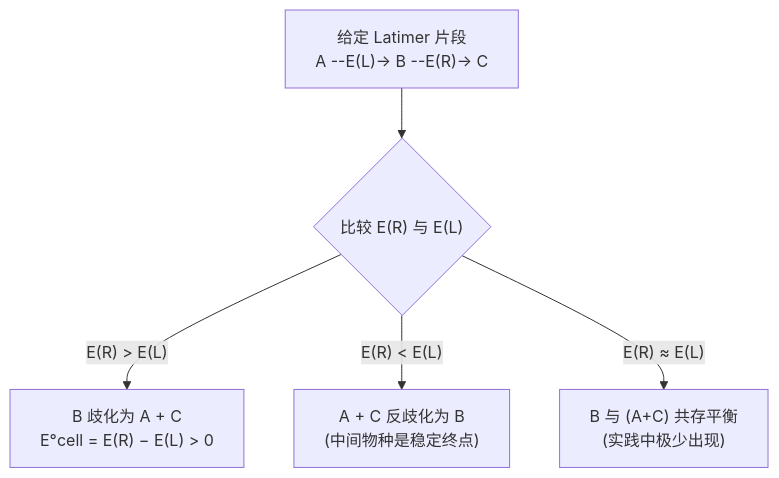
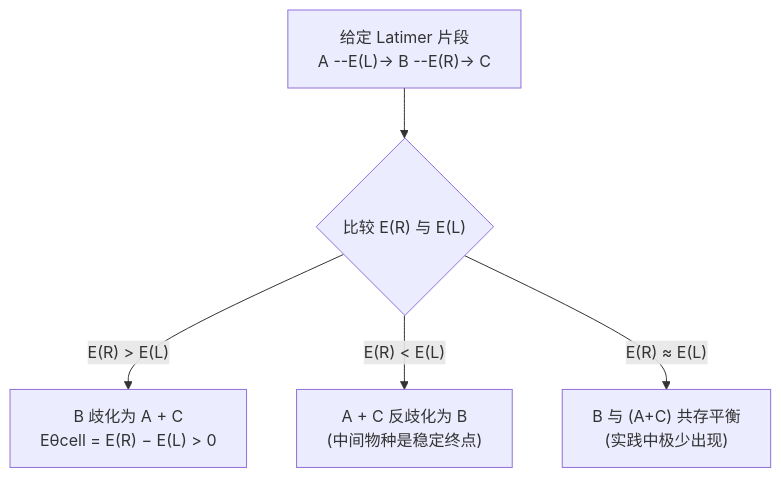
One commit to shikieiki692/nation changed the diagram in 03-知识点/化学原理/Latimer图.md. Above: the diagram before and after it, drawn with Mermaid. The commit also changed other lines of this file and 508 other files, not shown here.

````diff
--- a/03-知识点/化学原理/Latimer图.md
+++ b/03-知识点/化学原理/Latimer图.md
@@ -148,13 +148,13 @@
 ```mermaid
 flowchart TD
     Start["给定 Latimer 片段<br/>A --E(L)→ B --E(R)→ C"]
     Compare{"比较 E(R) 与 E(L)"}
-    Disp["B 歧化为 A + C<br/>E°cell = E(R) − E(L) > 0"]
+    Disp["B 歧化为 A + C<br/>Eθcell = E(R) − E(L) > 0"]
     Reverse["A + C 反歧化为 B<br/>(中间物种是稳定终点)"]
     Tie["B 与 (A+C) 共存平衡<br/>(实践中极少出现)"]
 
     Start --> Compare
     Compare -- "E(R) > E(L)" --> Disp
     Compare -- "E(R) < E(L)" --> Reverse
     Compare -- "E(R) ≈ E(L)" --> Tie
 ```
````
